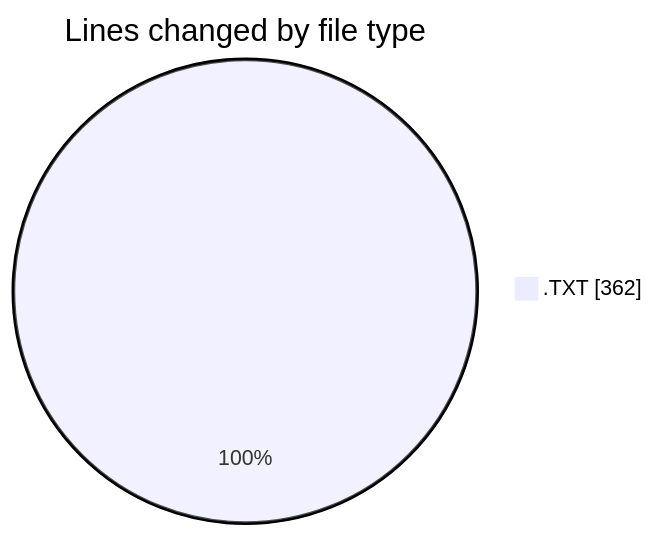
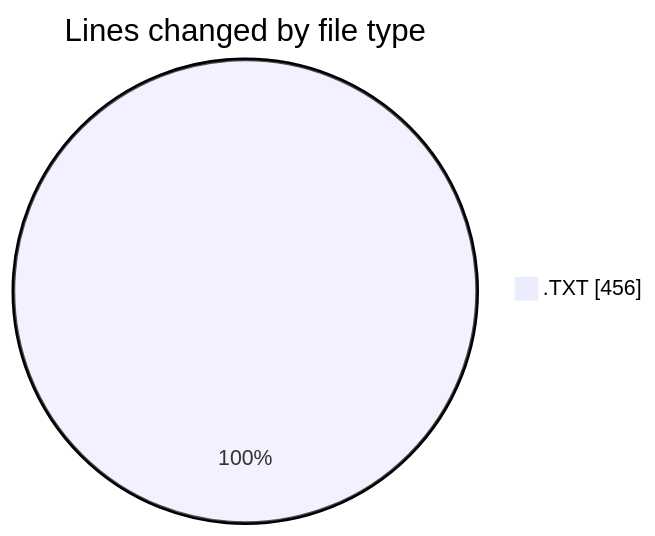
One commit to ricardozamudiocil/code-tracking changed the first of 2 diagrams in 2026-09-21/datos_docpath_prueba/README.md. Above: the diagram before and after it, drawn with Mermaid. The commit also changed other lines of this file and 1 other file, not shown here.

````diff
--- a/2026-09-21/datos_docpath_prueba/README.md
+++ b/2026-09-21/datos_docpath_prueba/README.md
@@ -23,5 +24,5 @@
 ```mermaid
 pie showData
 title Lines changed by file type
-".TXT" : 362
+".TXT" : 456
 ```
````
